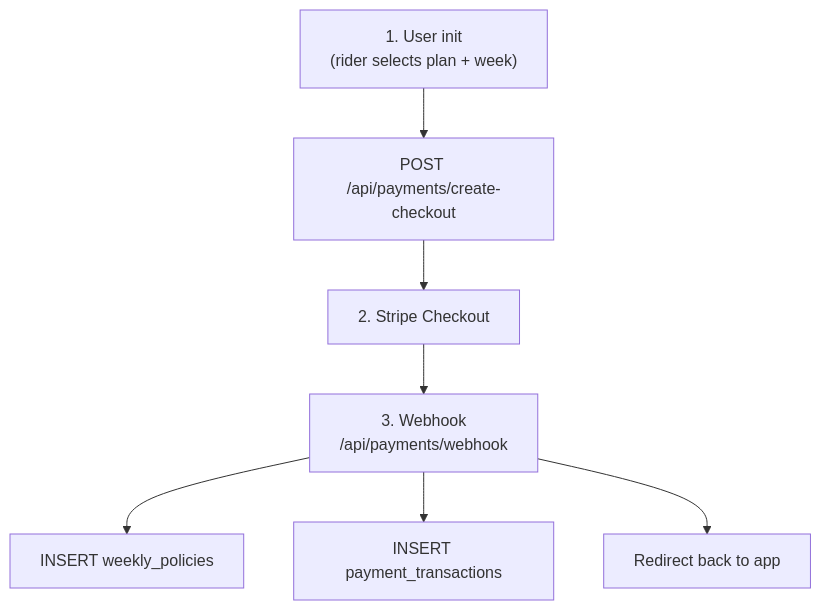
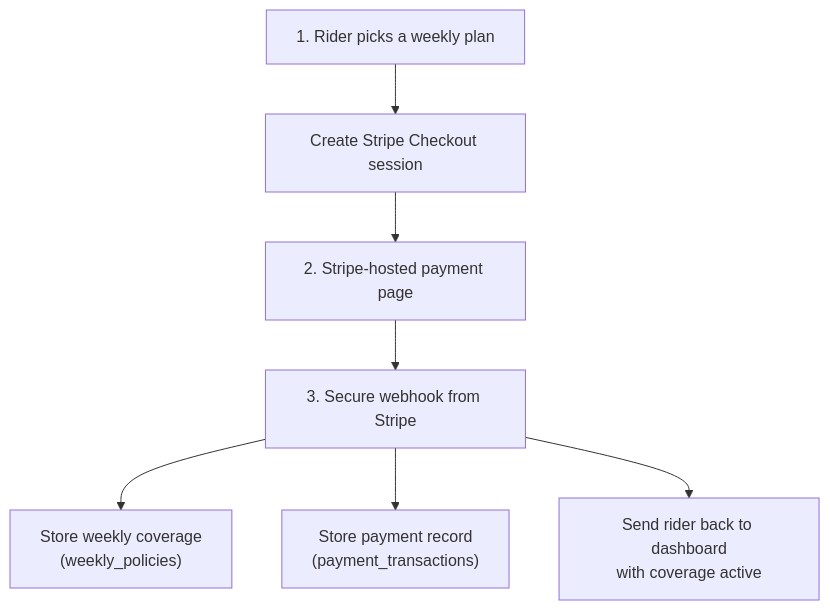
One commit to lohitkolluri/Oasis changed the third of 4 diagrams in Docs/src/content/docs/architecture.mdx. Above: the diagram before and after it, drawn with Mermaid. The commit also changed other lines of this file and 9 other files, not shown here.

````diff
--- a/Docs/src/content/docs/architecture.mdx
+++ b/Docs/src/content/docs/architecture.mdx
@@ -56,9 +71,9 @@
 ```mermaid
 flowchart TB
-    UI["1. User init\n(rider selects plan + week)"] --> CC["POST /api/payments/create-checkout"]
-    CC --> SC["2. Stripe Checkout"]
-    SC --> WH["3. Webhook\n/api/payments/webhook"]
-    WH --> WP["INSERT weekly_policies"]
-    WH --> PT["INSERT payment_transactions"]
-    WH --> RD["Redirect back to app"]
+    UI["1. Rider picks a weekly plan"] --> CC["Create Stripe Checkout session"]
+    CC --> SC["2. Stripe-hosted payment page"]
+    SC --> WH["3. Secure webhook from Stripe"]
+    WH --> WP["Store weekly coverage\n(weekly_policies)"]
+    WH --> PT["Store payment record\n(payment_transactions)"]
+    WH --> RD["Send rider back to dashboard\nwith coverage active"]
 ```
````
